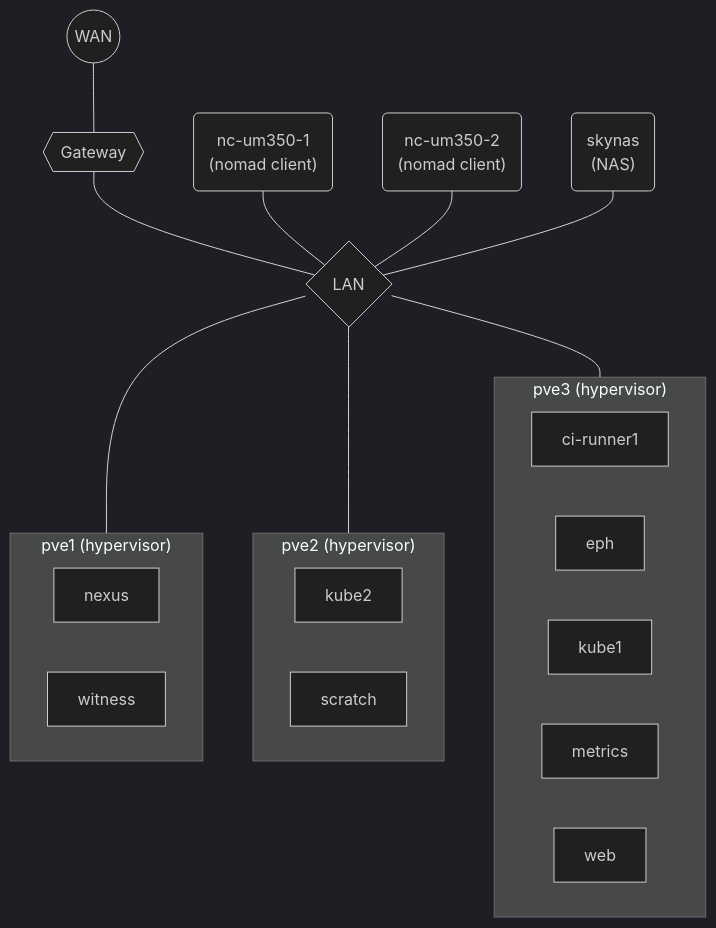
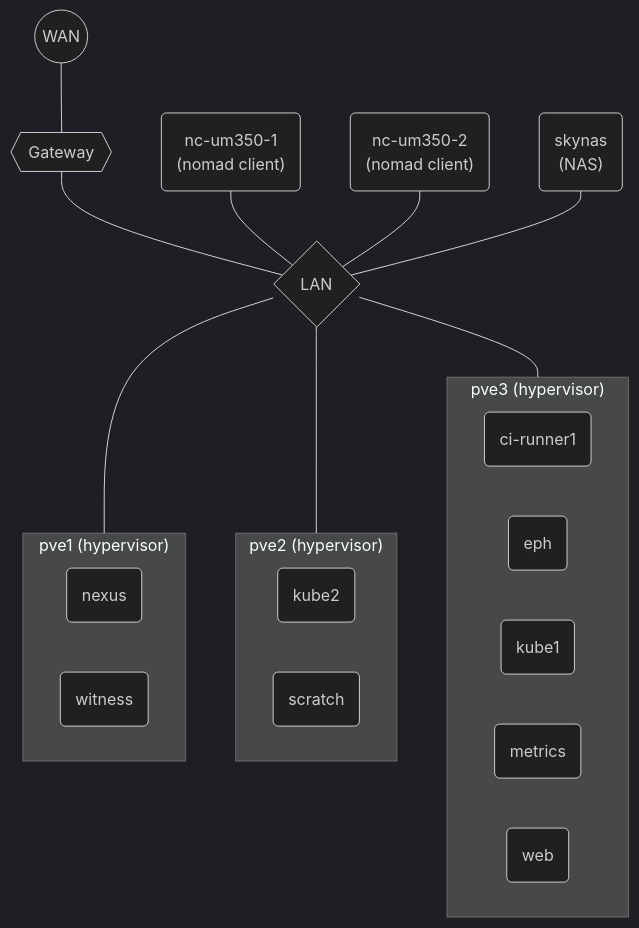
Before and after one commit to jhillyerd/homelab: the first of 2 diagrams in README.md, drawn with Mermaid (dark theme).

Commit message:
roundagain

````diff
--- a/README.md
+++ b/README.md
@@ -13,29 +13,29 @@
 ```mermaid
 graph TD
     wan((WAN)) --- gw{{Gateway}}
     gw --- lan{LAN}
     nc1("nc-um350-1<br/>(nomad client)") --- lan
     nc2("nc-um350-2<br/>(nomad client)") --- lan
     nas("skynas<br/>(NAS)") --- lan
     lan --- pve1
     lan --- pve2
     lan --- pve3
     subgraph pve1 ["pve1 (hypervisor)"]
         direction RL
-        nexus
-        witness
+        nexus("nexus")
+        witness("witness")
     end
     subgraph pve2 ["pve2 (hypervisor)"]
         direction RL
-        kube2
-        scratch
+        kube2("kube2")
+        scratch("scratch")
     end
     subgraph pve3 ["pve3 (hypervisor)"]
         direction RL
-        ci-runner1
-        eph
-        kube1
-        metrics
-        web
+        ci-runner1("ci-runner1")
+        eph("eph")
+        kube1("kube1")
+        metrics("metrics")
+        web("web")
     end
 ```
````
